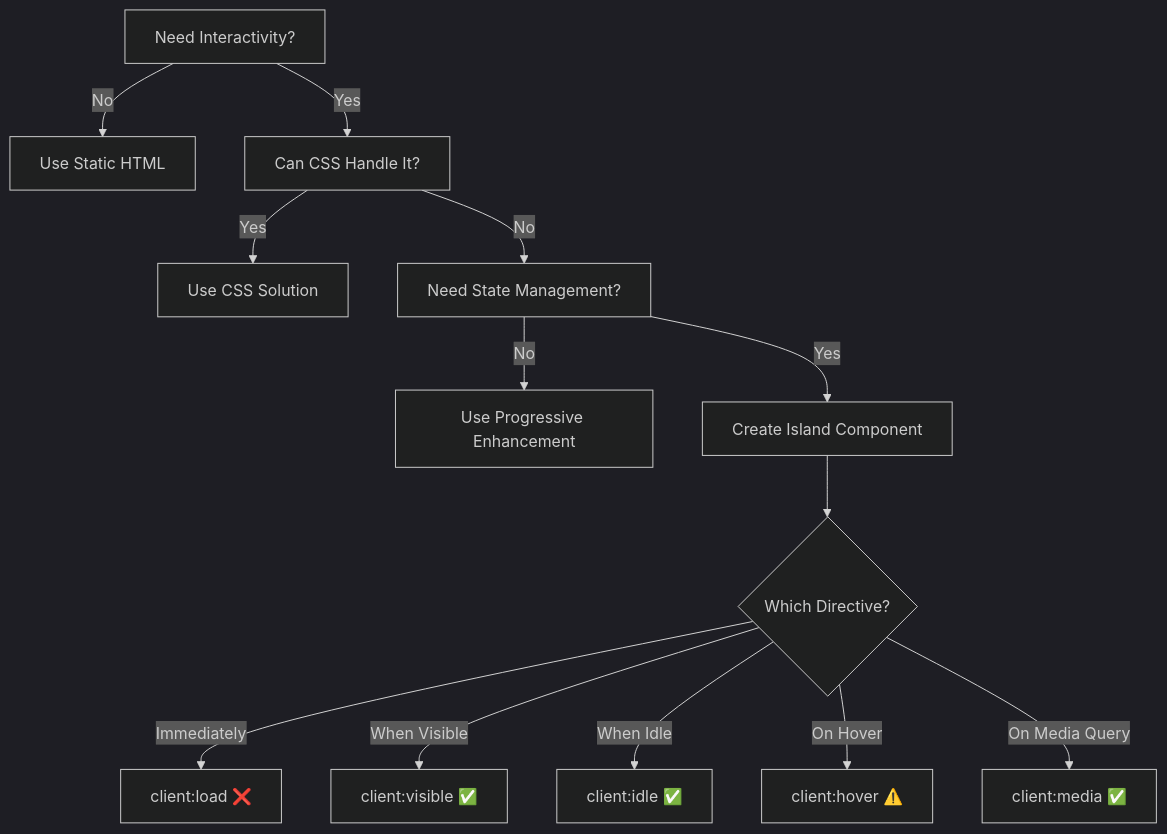
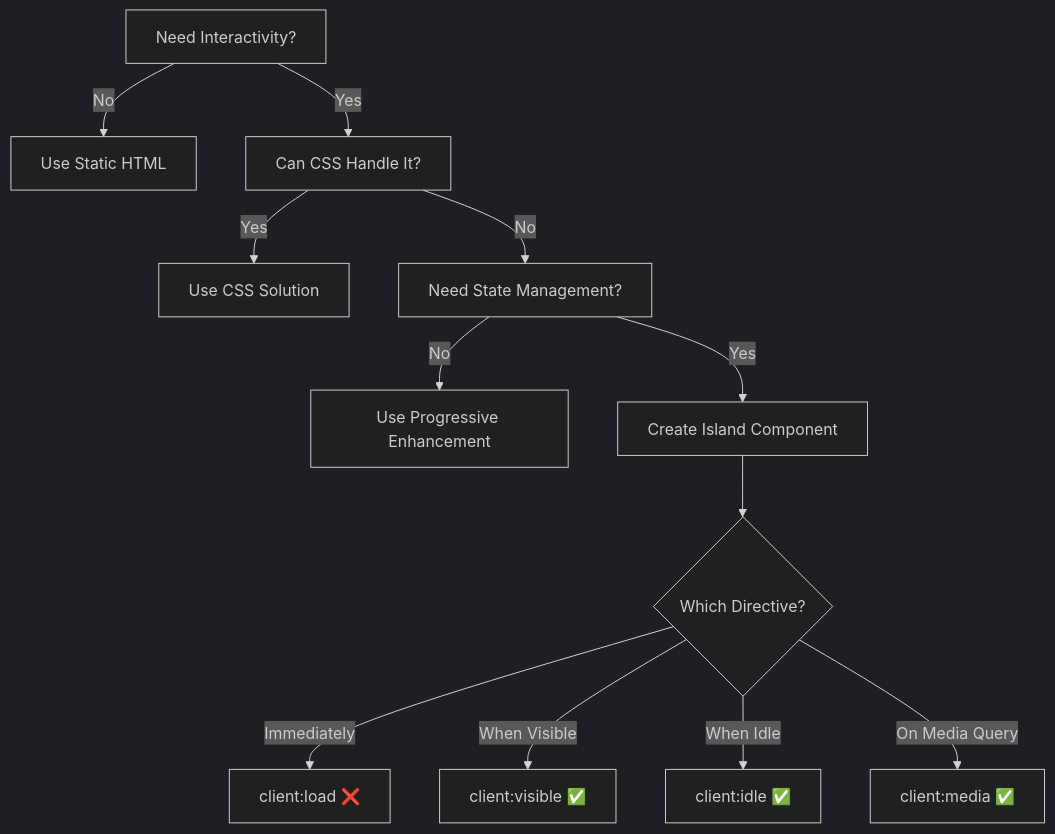
Before and after one commit to clownware/astro-performance-starter: the diagram in docs/patterns/islands-architecture.md, drawn with Mermaid (dark theme). The commit also changed other lines of this file and 83 other files, not shown here.

````diff
--- a/docs/patterns/islands-architecture.md
+++ b/docs/patterns/islands-architecture.md
@@ -61,16 +61,15 @@
 ```mermaid
 graph TD
     A[Need Interactivity?] -->|No| B[Use Static HTML]
     A -->|Yes| C[Can CSS Handle It?]
     C -->|Yes| D[Use CSS Solution]
     C -->|No| E[Need State Management?]
     E -->|No| F[Use Progressive Enhancement]
     E -->|Yes| G[Create Island Component]
     
     G --> H{Which Directive?}
     H -->|Immediately| I[client:load ❌]
     H -->|When Visible| J[client:visible ✅]
     H -->|When Idle| K[client:idle ✅]
-    H -->|On Hover| L[client:hover ⚠️]
     H -->|On Media Query| M[client:media ✅]
 ```
````
